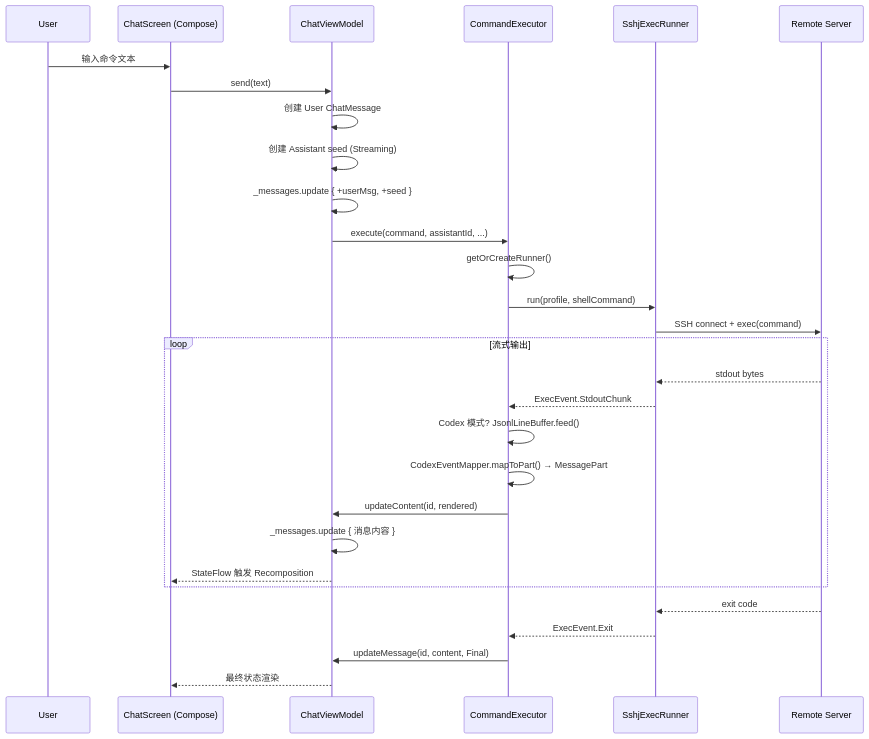
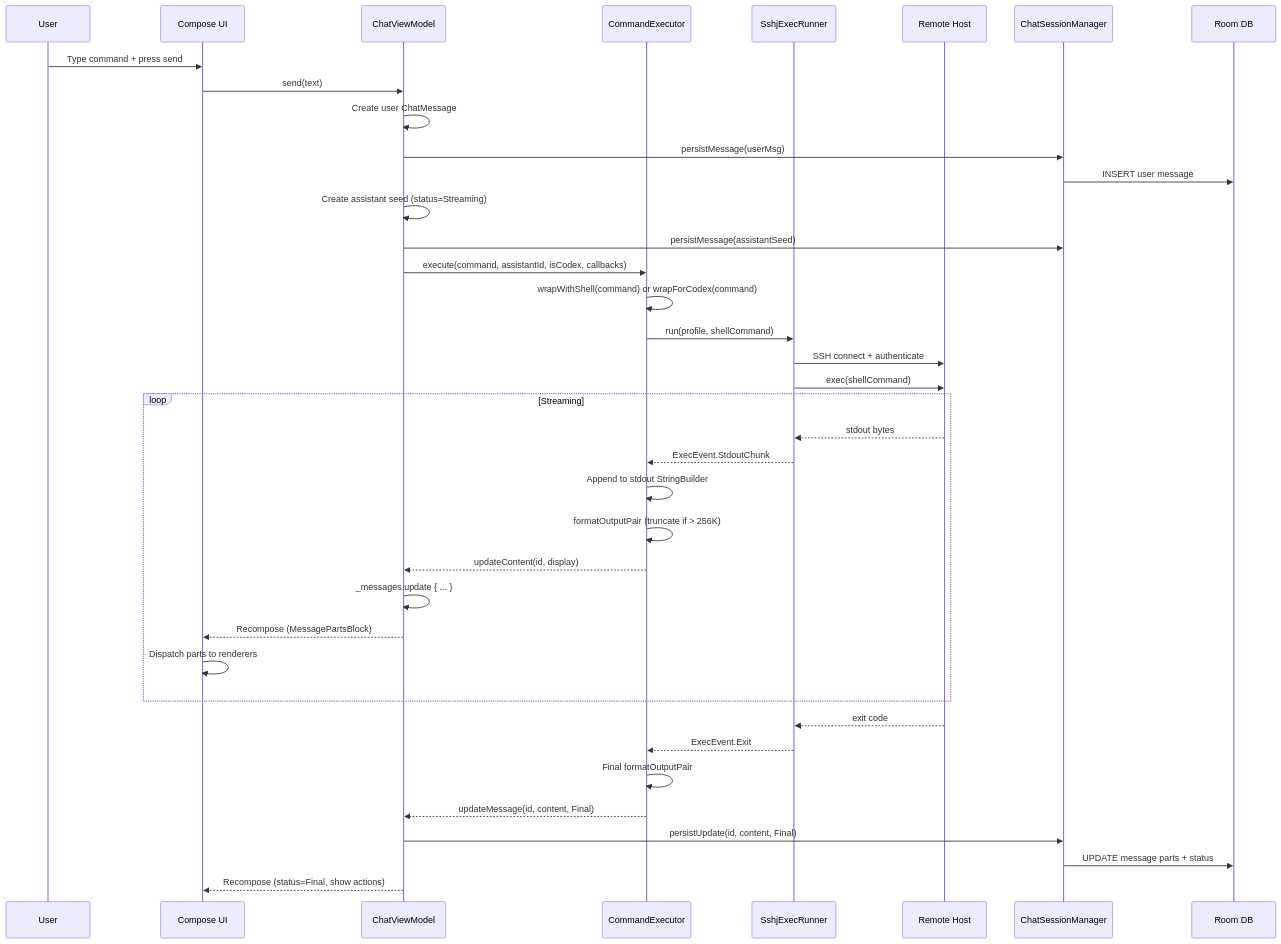
One commit to DeliciousBuding/RikkaAgent changed the third of 6 diagrams in docs/architecture.md. Above: the diagram before and after it, drawn with Mermaid. The commit also changed other lines of this file and 18 other files, not shown here.

First line of the commit message:
feat(opus-spec): deep architecture review + security spec + testing spec + PRD

````diff
--- a/docs/architecture.md
+++ b/docs/architecture.md
@@ -100,38 +290,44 @@
 ```mermaid
 sequenceDiagram
     participant User
-    participant ChatScreen as ChatScreen (Compose)
-    participant ChatVM as ChatViewModel
-    participant CmdExec as CommandExecutor
-    participant Runner as SshjExecRunner
-    participant Remote as Remote Server
+    participant UI as Compose UI
+    participant VM as ChatViewModel
+    participant CE as CommandExecutor
+    participant SER as SshjExecRunner
+    participant Remote as Remote Host
+    participant SM as ChatSessionManager
+    participant DB as Room DB
 
-    User->>ChatScreen: 输入命令文本
-    ChatScreen->>ChatVM: send(text)
+    User->>UI: Type command + press send
+    UI->>VM: send(text)
+    VM->>VM: Create user ChatMessage
+    VM->>SM: persistMessage(userMsg)
+    SM->>DB: INSERT user message
+    VM->>VM: Create assistant seed (status=Streaming)
+    VM->>SM: persistMessage(assistantSeed)
+    VM->>CE: execute(command, assistantId, isCodex, callbacks)
+    CE->>CE: wrapWithShell(command) or wrapForCodex(command)
+    CE->>SER: run(profile, shellCommand)
 
-    ChatVM->>ChatVM: 创建 User ChatMessage
-    ChatVM->>ChatVM: 创建 Assistant seed (Streaming)
-    ChatVM->>ChatVM: _messages.update { +userMsg, +seed }
+    SER->>Remote: SSH connect + authenticate
+    SER->>Remote: exec(shellCommand)
 
-    ChatVM->>CmdExec: execute(command, assistantId, ...)
-
-    CmdExec->>CmdExec: getOrCreateRunner()
-    CmdExec->>Runner: run(profile, shellCommand)
-
-    Runner->>Remote: SSH connect + exec(command)
-
-    loop 流式输出
-        Remote-->>Runner: stdout bytes
-        Runner-->>CmdExec: ExecEvent.StdoutChunk
-        CmdExec->>CmdExec: Codex 模式? JsonlLineBuffer.feed()
-        CmdExec->>CmdExec: CodexEventMapper.mapToPart() → MessagePart
-        CmdExec->>ChatVM: updateContent(id, rendered)
-        ChatVM->>ChatVM: _messages.update { 消息内容 }
-        ChatVM-->>ChatScreen: StateFlow 触发 Recomposition
+    loop Streaming
+        Remote-->>SER: stdout bytes
+        SER-->>CE: ExecEvent.StdoutChunk
+        CE->>CE: Append to stdout StringBuilder
+        CE->>CE: formatOutputPair (truncate if > 256K)
+        CE-->>VM: updateContent(id, display)
+        VM->>VM: _messages.update { ... }
+        VM-->>UI: Recompose (MessagePartsBlock)
+        UI->>UI: Dispatch parts to renderers
     end
 
-    Remote-->>Runner: exit code
-    Runner-->>CmdExec: ExecEvent.Exit
-    CmdExec->>ChatVM: updateMessage(id, content, Final)
-    ChatVM-->>ChatScreen: 最终状态渲染
+    Remote-->>SER: exit code
+    SER-->>CE: ExecEvent.Exit
+    CE->>CE: Final formatOutputPair
+    CE-->>VM: updateMessage(id, content, Final)
+    VM->>SM: persistUpdate(id, content, Final)
+    SM->>DB: UPDATE message parts + status
+    VM-->>UI: Recompose (status=Final, show actions)
 ```
````
